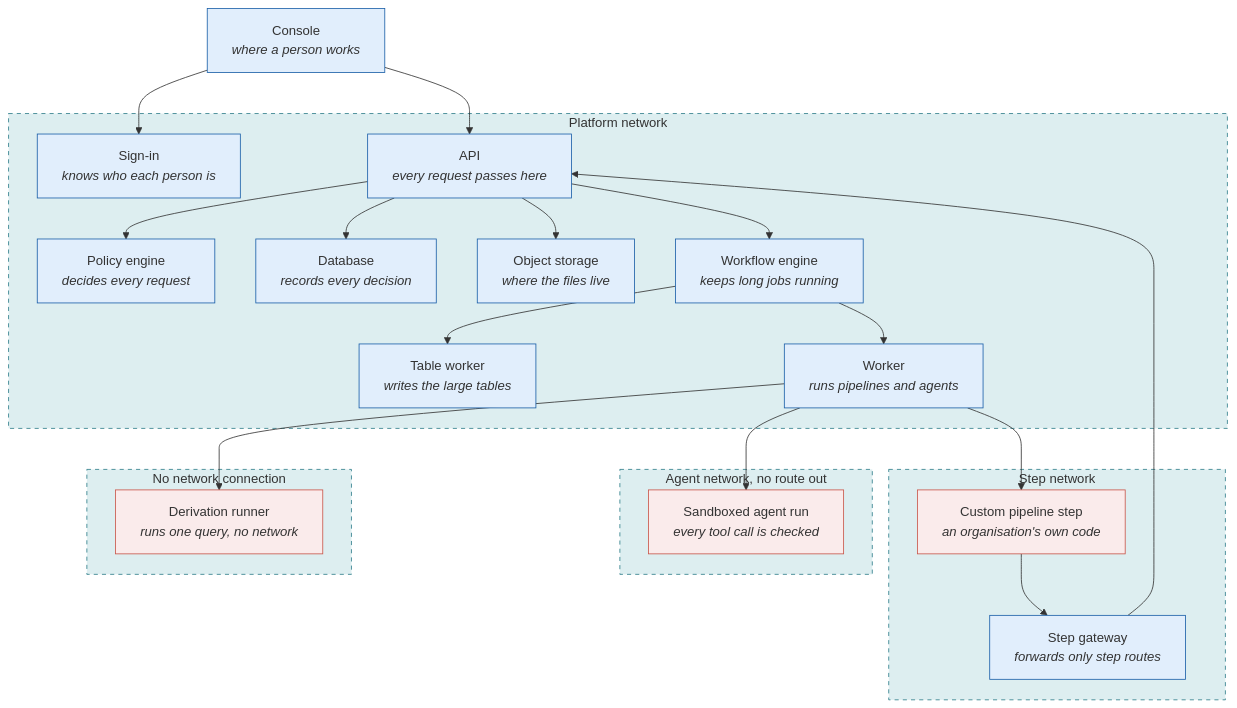
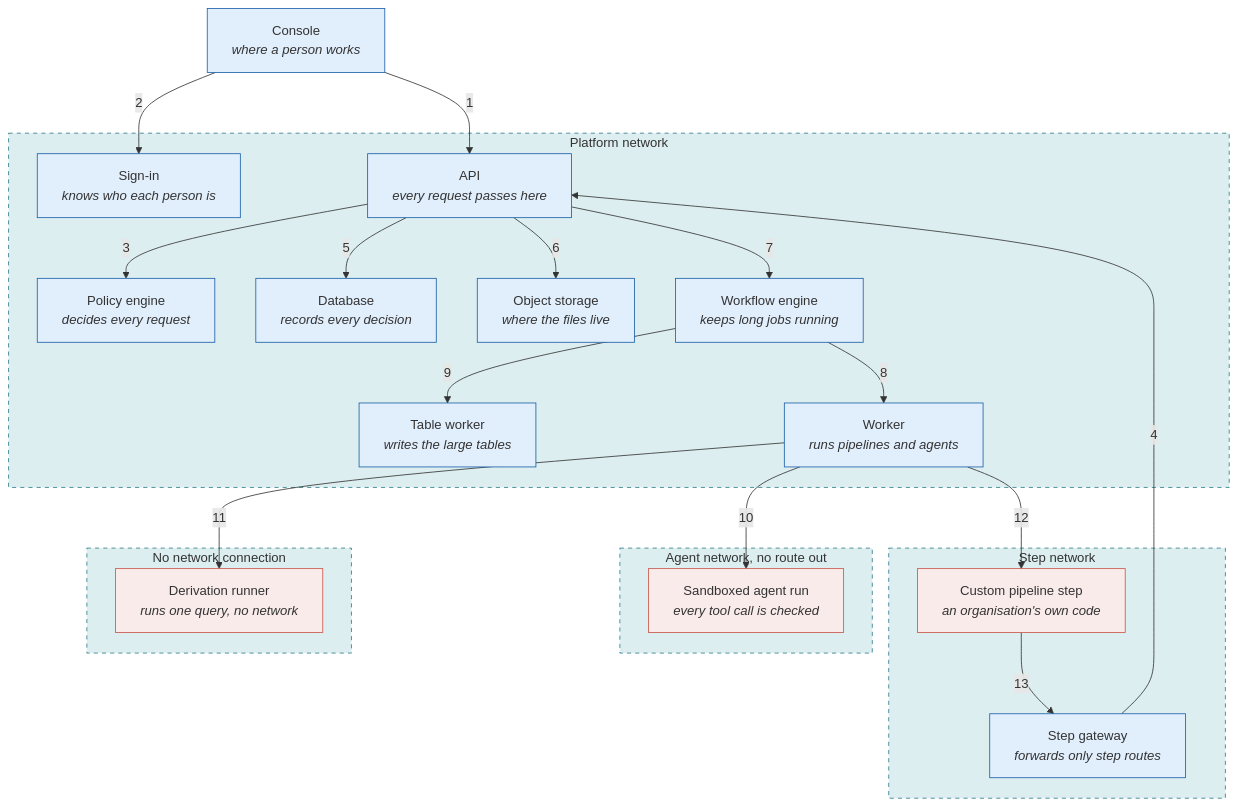
Before and after one commit to albinjacob/munitas: the diagram in docs/public/diagrams/system-architecture.mmd, drawn with Mermaid. The commit also changed 11 other files, not shown here.

```diff
--- a/docs/public/diagrams/system-architecture.mmd
+++ b/docs/public/diagrams/system-architecture.mmd
@@ -1,42 +1,55 @@
 %% Generated by docs/tools/build_system_architecture_diagram.py. Edit the description there, not this file.
 flowchart TB
   console["Console<br/><i>where a person works</i>"]
   subgraph platform["Platform network"]
     sign_in["Sign-in<br/><i>knows who each person is</i>"]
     policy["Policy engine<br/><i>decides every request</i>"]
     api["API<br/><i>every request passes here</i>"]
     database["Database<br/><i>records every decision</i>"]
     storage["Object storage<br/><i>where the files live</i>"]
     workflow["Workflow engine<br/><i>keeps long jobs running</i>"]
     table_worker["Table worker<br/><i>writes the large tables</i>"]
     worker["Worker<br/><i>runs pipelines and agents</i>"]
   end
   subgraph step_net["Step network"]
     gateway["Step gateway<br/><i>forwards only step routes</i>"]
     custom["Custom pipeline step<br/><i>an organisation's own code</i>"]
   end
   subgraph agent_net["Agent network, no route out"]
     agent["Sandboxed agent run<br/><i>every tool call is checked</i>"]
   end
   subgraph no_net["No network connection"]
     derivation["Derivation runner<br/><i>runs one query, no network</i>"]
   end
-  console --> api
-  console --> sign_in
-  api --> policy
-  gateway --> api
-  api --> database
-  api --> storage
-  api --> workflow
-  workflow --> worker
-  workflow --> table_worker
-  worker --> agent
-  worker --> derivation
-  worker --> custom
-  custom --> gateway
+  %% 1. The Console sends everything a person does to the API as a request.
+  console -->|1| api
+  %% 2. The Console asks Sign-in who the person is, and Sign-in issues the session that every request carries.
+  console -->|2| sign_in
+  %% 3. The API asks the policy engine whether each request is allowed, and the engine answers with a reason.
+  api -->|3| policy
+  %% 4. The step gateway passes a custom step's requests to the API. It forwards only the step routes and answers 404 to everything else.
+  gateway -->|4| api
+  %% 5. The API records every decision, and the history behind it, in the database.
+  api -->|5| database
+  %% 6. The API creates a key in object storage for one task at a time, so a task can open only the files it was allowed.
+  api -->|6| storage
+  %% 7. The API starts a long job, such as a pipeline run, in the workflow engine.
+  api -->|7| workflow
+  %% 8. The workflow engine hands the job to the worker and keeps it going if the worker stops, so the job can resume.
+  workflow -->|8| worker
+  %% 9. The workflow engine hands the writing of a large table to the table worker.
+  workflow -->|9| table_worker
+  %% 10. The worker starts a sandboxed agent run on a network with no route to the internet.
+  worker -->|10| agent
+  %% 11. The worker starts the derivation runner, which runs one query with no network connection.
+  worker -->|11| derivation
+  %% 12. The worker starts a custom pipeline step, which is an organisation's own code, on a network of its own.
+  worker -->|12| custom
+  %% 13. The custom step reaches the platform only through the step gateway.
+  custom -->|13| gateway
   classDef restricted fill:#FAEBEB,stroke:#C9564A
   classDef service fill:#E1EEFC,stroke:#1A5FA8
   classDef network fill:#DDEEF0,stroke:#2E7D8A,stroke-dasharray: 5 5
   class console,sign_in,policy,api,database,storage,workflow,table_worker,worker,gateway service
   class custom,agent,derivation restricted
   class platform,step_net,agent_net,no_net network
```
